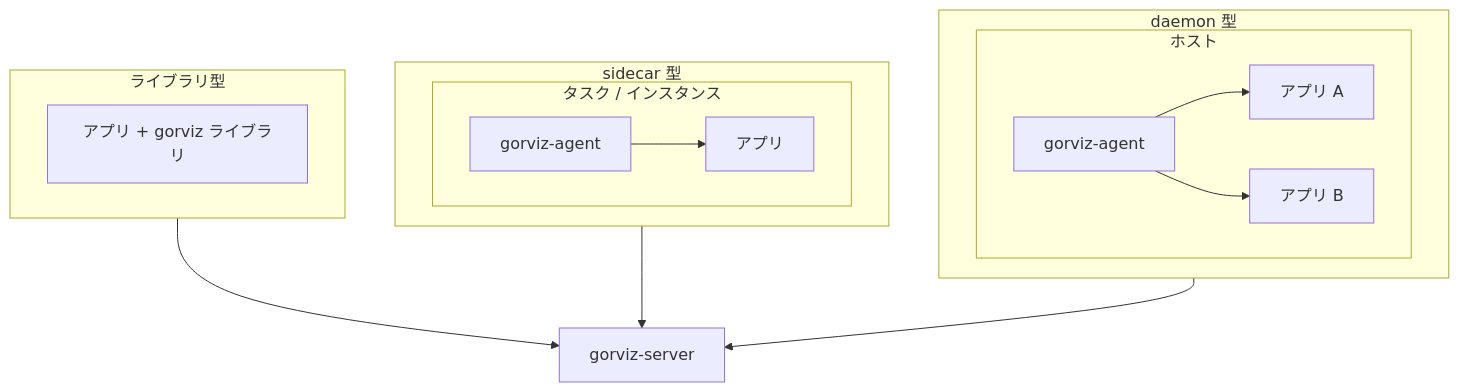
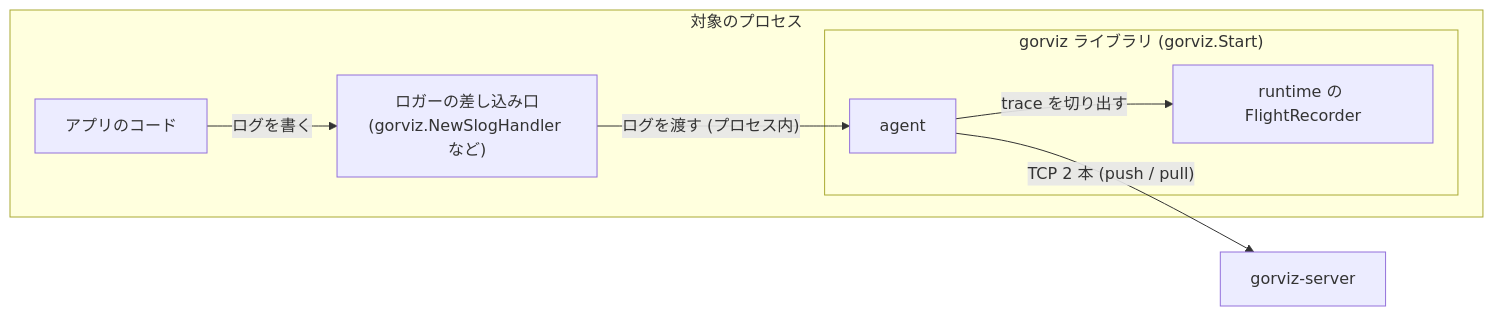
Before and after one commit to kakkky/gorviz: the second of 4 diagrams in docs/design.md, drawn with Mermaid. The commit also changed other lines of this file and 2 other files, not shown here.

````diff
--- a/docs/design.md
+++ b/docs/design.md
@@ -543,29 +92,17 @@
 ```mermaid
-flowchart TB
-    subgraph daemon["daemon 型"]
-        direction LR
-        subgraph host["ホスト"]
-            a1["gorviz-agent"]
-            app1["アプリ A"]
-            app2["アプリ B"]
-            a1 --> app1
-            a1 --> app2
+flowchart LR
+    subgraph appproc["対象のプロセス"]
+        app["アプリのコード"]
+        h["ロガーの差し込み口<br/>(gorviz.NewSlogHandler など)"]
+        subgraph lib["gorviz ライブラリ (gorviz.Start)"]
+            agent["agent"]
+            fr["runtime の FlightRecorder"]
         end
     end
-    subgraph sidecar["sidecar 型"]
-        direction LR
-        subgraph task["タスク / インスタンス"]
-            a2["gorviz-agent"]
-            app3["アプリ"]
-            a2 --> app3
-        end
-    end
-    subgraph library["ライブラリ型"]
-        direction LR
-        app4["アプリ + gorviz ライブラリ"]
-    end
     server["gorviz-server"]
-    a1 --> server
-    a2 --> server
-    app4 --> server
+
+    app -->|"ログを書く"| h
+    h -->|"ログを渡す (プロセス内)"| agent
+    agent -->|"trace を切り出す"| fr
+    agent -->|"TCP 2 本 (push / pull)"| server
 ```
````
